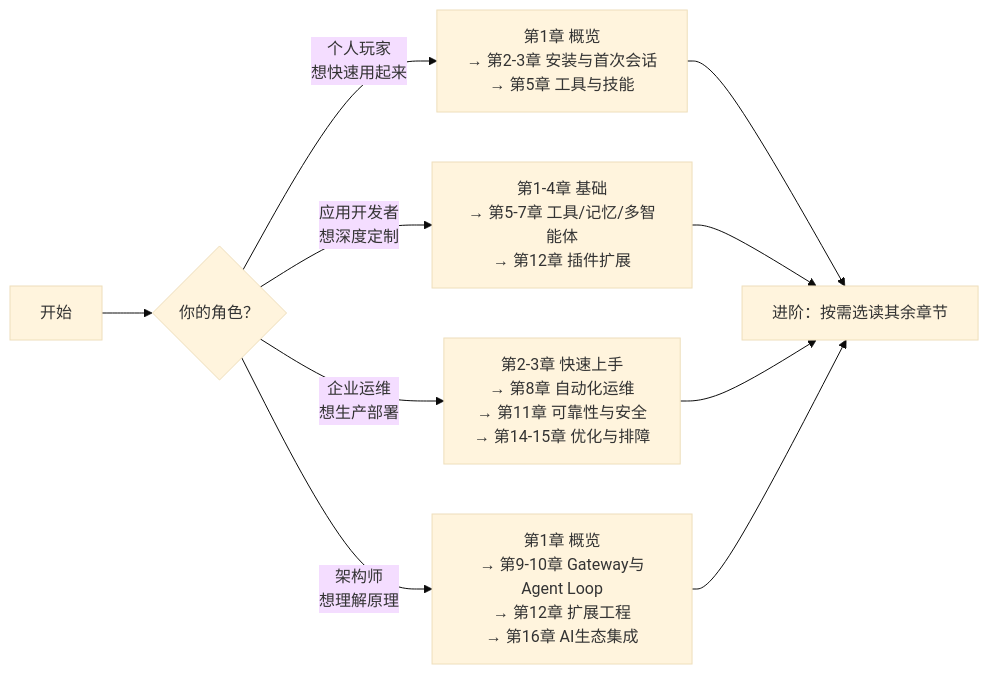
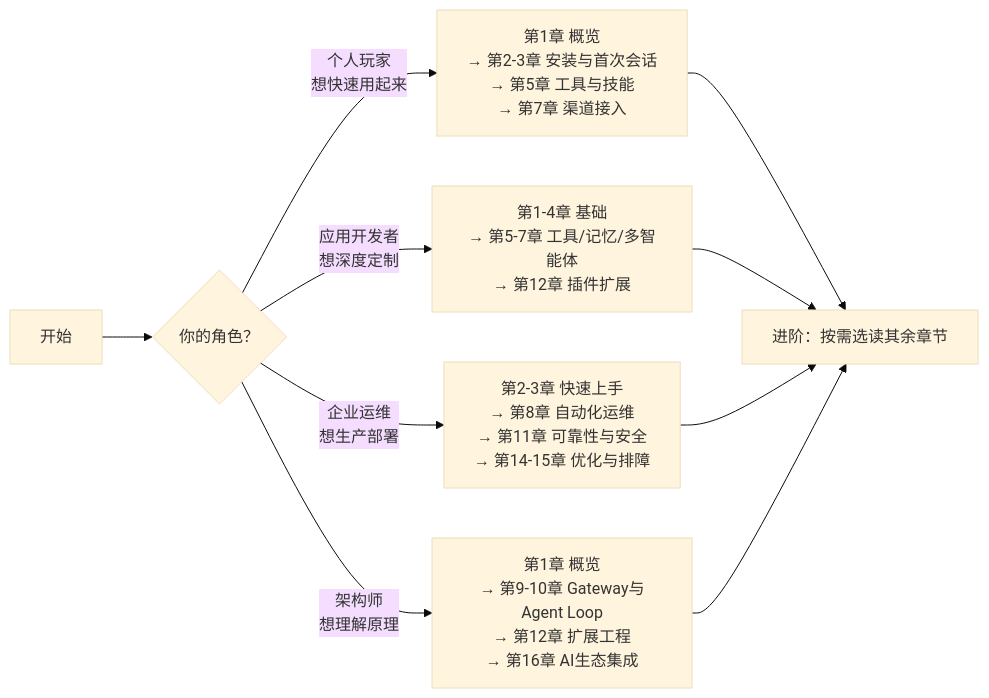
One commit to yeasy/openclaw_guide changed the diagram in README.md. Above: the diagram before and after it, drawn with Mermaid (base theme). The commit also changed other lines of this file and 10 other files, not shown here.

````diff
--- a/README.md
+++ b/README.md
@@ -76,12 +76,12 @@
 ```mermaid
 graph LR
     START["开始"] --> Q{"你的角色？"}
-    Q -->|"个人玩家<br/>想快速用起来"| P1["第1章 概览<br/>→ 第2-3章 安装与首次会话<br/>→ 第5章 工具与技能"]
+    Q -->|"个人玩家<br/>想快速用起来"| P1["第1章 概览<br/>→ 第2-3章 安装与首次会话<br/>→ 第5章 工具与技能<br/>→ 第7章 渠道接入"]
     Q -->|"应用开发者<br/>想深度定制"| P2["第1-4章 基础<br/>→ 第5-7章 工具/记忆/多智能体<br/>→ 第12章 插件扩展"]
     Q -->|"企业运维<br/>想生产部署"| P3["第2-3章 快速上手<br/>→ 第8章 自动化运维<br/>→ 第11章 可靠性与安全<br/>→ 第14-15章 优化与排障"]
     Q -->|"架构师<br/>想理解原理"| P4["第1章 概览<br/>→ 第9-10章 Gateway与Agent Loop<br/>→ 第12章 扩展工程<br/>→ 第16章 AI生态集成"]
     P1 --> ADV["进阶：按需选读其余章节"]
     P2 --> ADV
     P3 --> ADV
     P4 --> ADV
 ```
````
